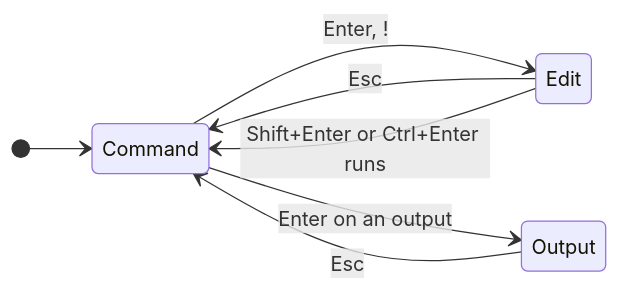
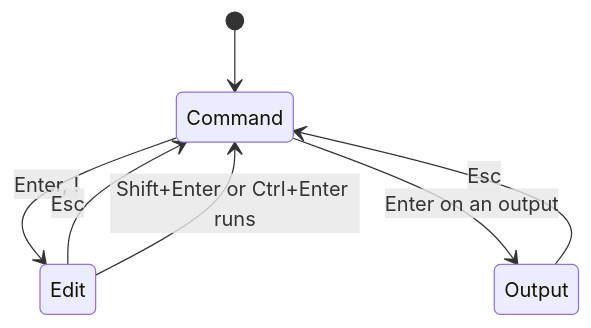
The second of 6 diagrams in docs/nushell/notebooks.md (FelineStateMachine/012), drawn with Mermaid before and after one commit. The commit also changed other lines of this file and 15 other files, not shown here.

First line of the commit message:
Notebook demos re-recorded; diagrams in the nushell pages; r runs a cell where Ctrl+Enter can't

````diff
--- a/docs/nushell/notebooks.md
+++ b/docs/nushell/notebooks.md
@@ -84,10 +103,9 @@
 ```mermaid
 stateDiagram-v2
-    direction LR
     [*] --> Command
     Command --> Edit: Enter, !
     Edit --> Command: Esc
     Edit --> Command: Shift+Enter or Ctrl+Enter runs
     Command --> Output: Enter on an output
     Output --> Command: Esc
 ```
````
